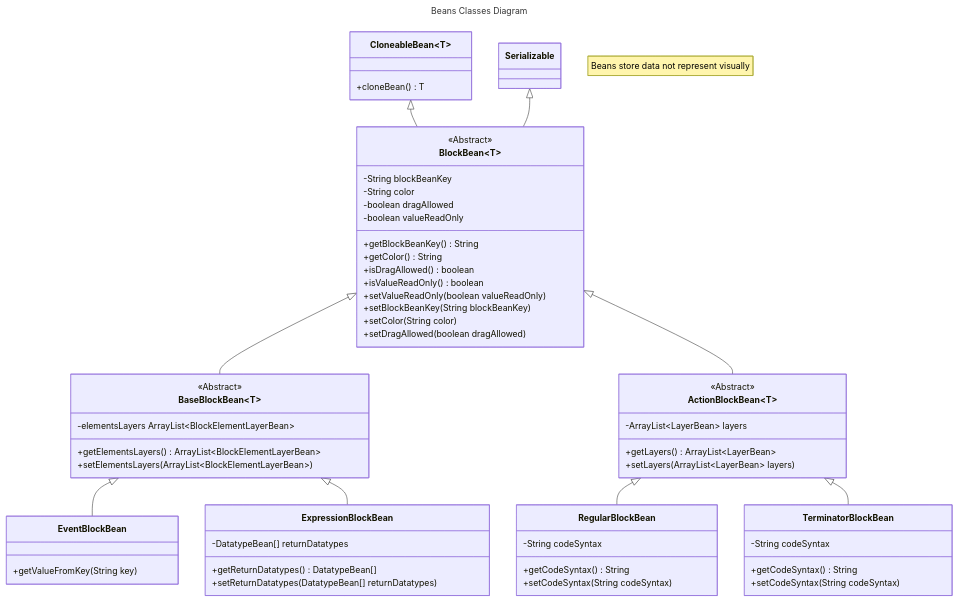
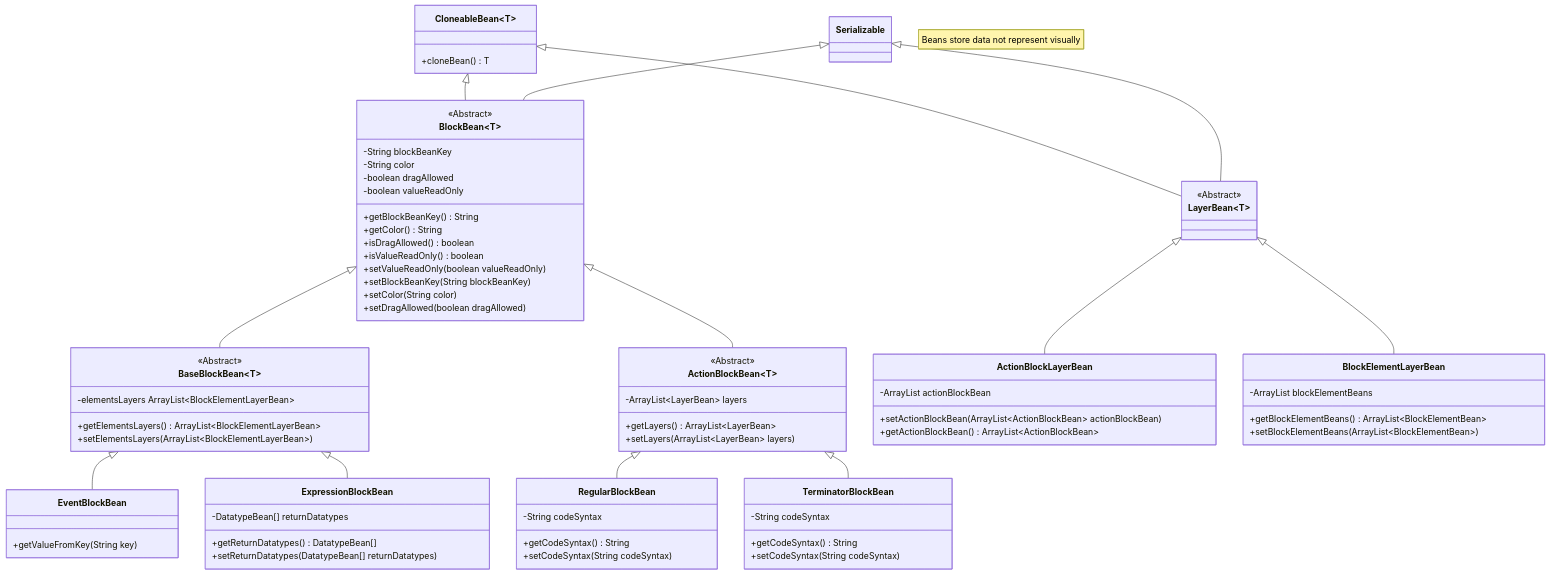
The diagram in docs/beans-classes.md (Innovative-CST/AndroidAppStudio), drawn with Mermaid before and after one commit. The commit also changed other lines of this file, not shown here.

Commit message:
uml: add UML of LayerBeans and its childs

````diff
--- a/docs/beans-classes.md
+++ b/docs/beans-classes.md
@@ -1,7 +2,4 @@
 ```mermaid
----
-title: Beans Classes Diagram
----
 classDiagram
     note "Beans store data not represent visually"
     class CloneableBean~T~ {
@@ -76,4 +74,27 @@
         +setCodeSyntax(String codeSyntax)
     }
     ActionBlockBean~TerminatorBlockBean~ <|-- TerminatorBlockBean
+
+    class LayerBean~T~ {
+        <<Abstract>>
+    }
+    CloneableBean~T~ <|-- LayerBean~T~
+    Serializable~T~ <|-- LayerBean~T~
+
+    class ActionBlockLayerBean {
+        -ArrayList<ActionBlockBean> actionBlockBean
+
+        +setActionBlockBean(ArrayList~ActionBlockBean~ actionBlockBean)
+        +getActionBlockBean() ArrayList~ActionBlockBean~
+    }
+    LayerBean~T~ <|-- ActionBlockLayerBean
+
+    class BlockElementLayerBean {
+        -ArrayList<BlockElementBean> blockElementBeans
+
+        +getBlockElementBeans() ArrayList~BlockElementBean~
+        +setBlockElementBeans(ArrayList~BlockElementBean~)
+    }
+    LayerBean~T~ <|-- BlockElementLayerBean
+
 ```
````
